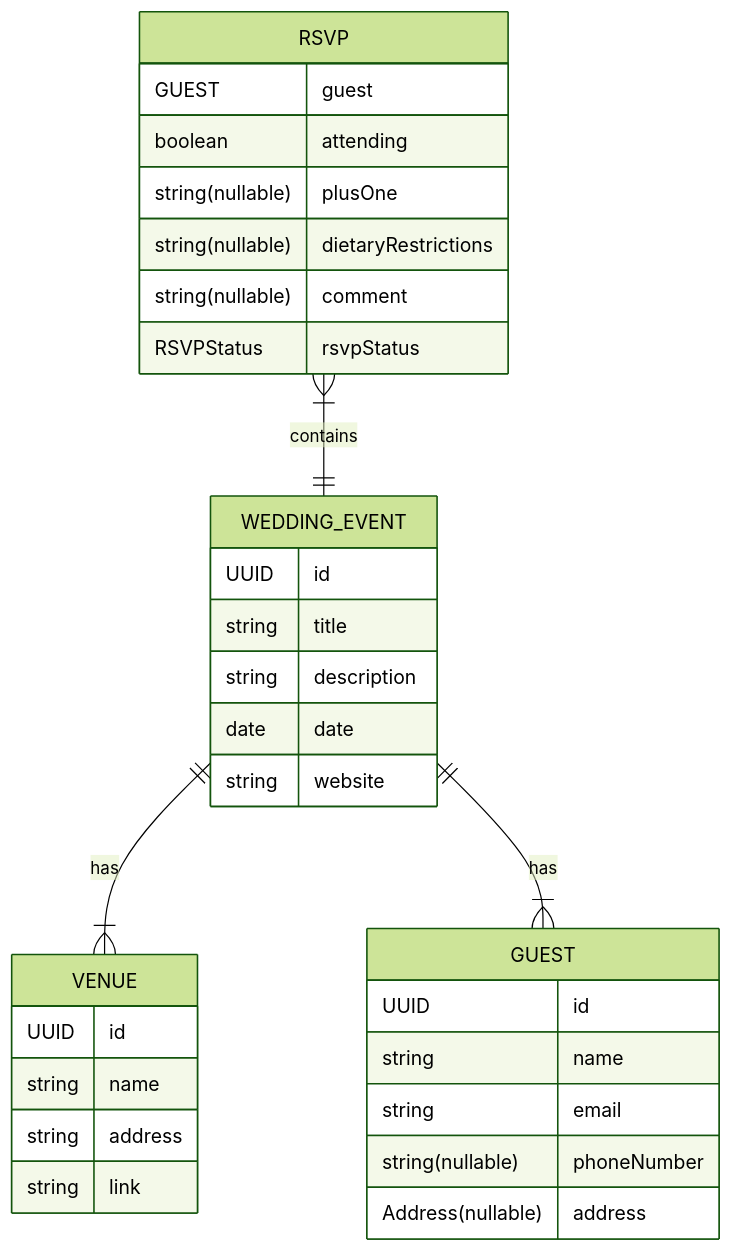
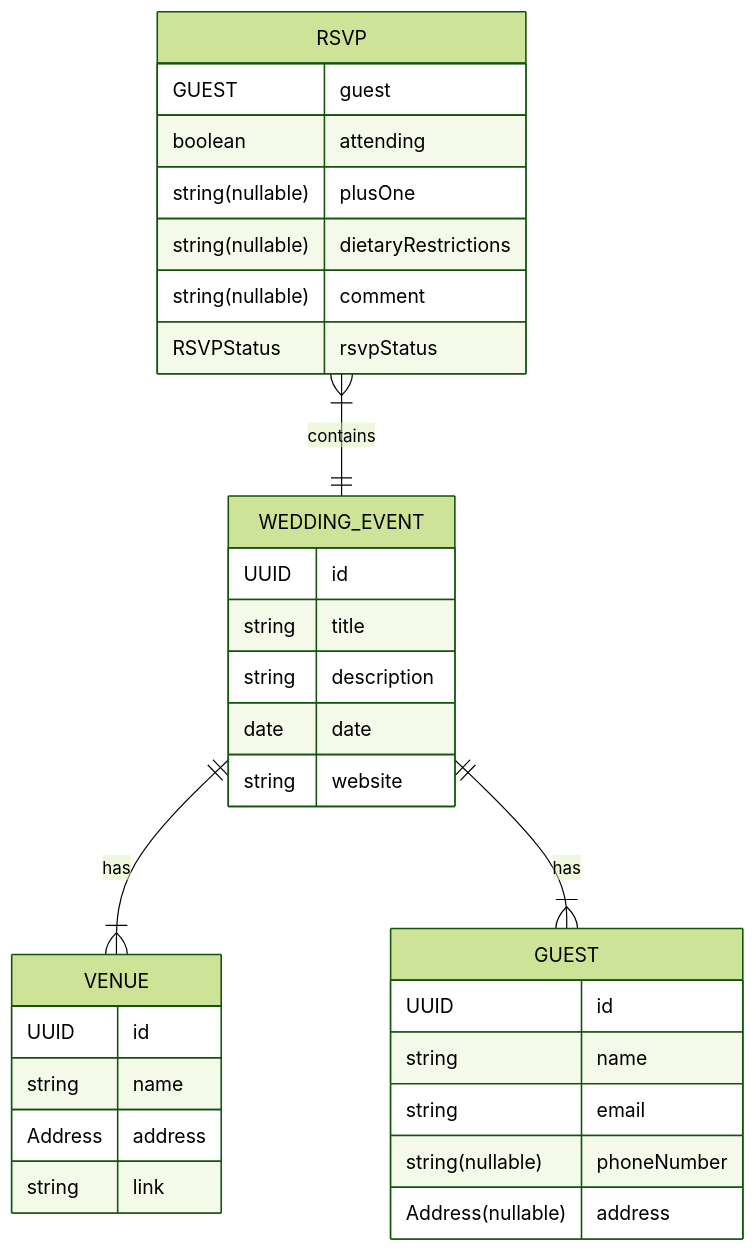
One commit to dylanlangston/langston-wedding.com changed the second of 4 diagrams in README.md. Above: the diagram before and after it, drawn with Mermaid (forest theme).

Commit message:
Correct address type in entity relationship diagram

````diff
--- a/README.md
+++ b/README.md
@@ -191,34 +191,34 @@
 ```mermaid
 erDiagram
     RSVP }|--|| WEDDING_EVENT : contains
     WEDDING_EVENT ||--|{ VENUE : has
     WEDDING_EVENT ||--|{ GUEST : has
     RSVP {
         GUEST guest
         boolean attending
         string(nullable) plusOne
         string(nullable) dietaryRestrictions
         string(nullable) comment
         RSVPStatus rsvpStatus
     }
     VENUE {
         UUID id
         string name
-        string address
+        Address address
         string link
     }
     GUEST {
         UUID id
         string name
         string email
         string(nullable) phoneNumber
         Address(nullable) address
     }
     WEDDING_EVENT {
         UUID id
         string title
         string description
         date date
         string website
     }
 ```
````
